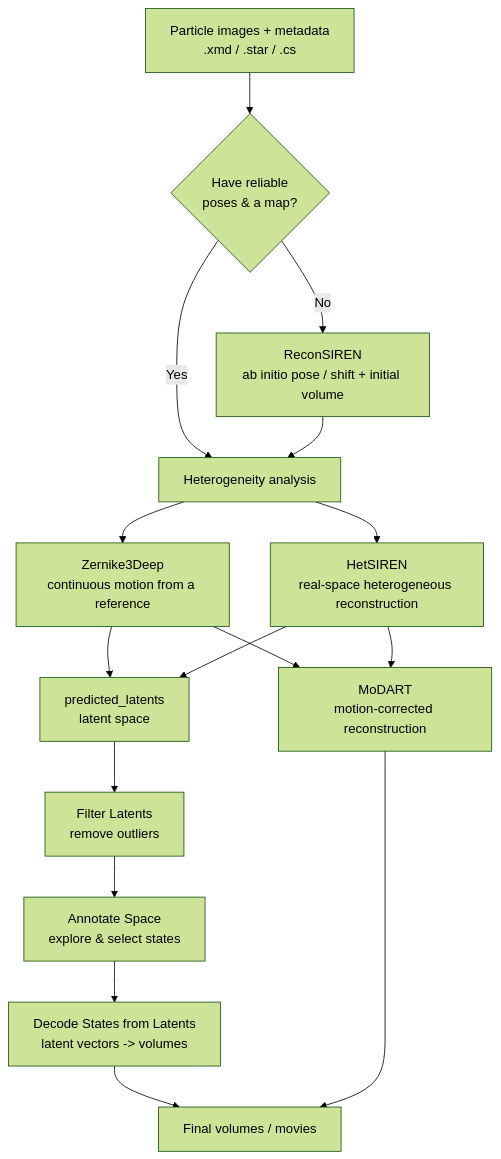
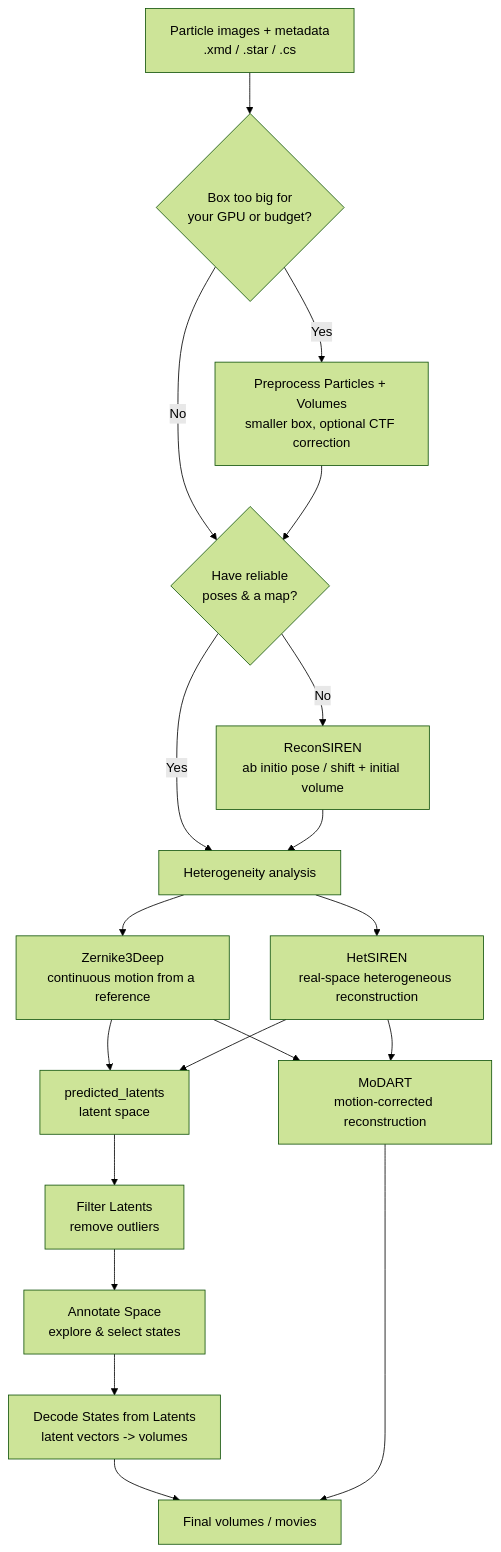
Before and after one commit to DavidHerreros/hax-em-docs: the first of 7 diagrams in docs/workflows/pipelines.md, drawn with Mermaid (forest theme). The commit also changed other lines of this file and 6 other files, not shown here.

````diff
--- a/docs/workflows/pipelines.md
+++ b/docs/workflows/pipelines.md
@@ -15,22 +15,25 @@
 ```mermaid
 flowchart TD
-    A[Particle images + metadata<br/>.xmd / .star / .cs] --> B{Have reliable<br/>poses & a map?}
+    A[Particle images + metadata<br/>.xmd / .star / .cs] --> P{Box too big for<br/>your GPU or budget?}
+    P -- Yes --> Q[Preprocess Particles + Volumes<br/>smaller box, optional CTF correction]
+    P -- No --> B{Have reliable<br/>poses & a map?}
+    Q --> B
     B -- No --> C[ReconSIREN<br/>ab initio pose / shift + initial volume]
     B -- Yes --> D[Heterogeneity analysis]
     C --> D
 
     D --> E[Zernike3Deep<br/>continuous motion from a reference]
     D --> F[HetSIREN<br/>real-space heterogeneous reconstruction]
 
     E --> G[predicted_latents<br/>latent space]
     F --> G
 
     G --> H[Filter Latents<br/>remove outliers]
     H --> I[Annotate Space<br/>explore & select states]
     I --> J[Decode States from Latents<br/>latent vectors -> volumes]
 
     E --> K[MoDART<br/>motion-corrected reconstruction]
     F --> K
     J --> L[Final volumes / movies]
     K --> L
 ```
````
